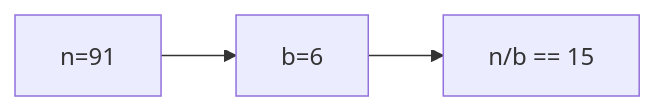
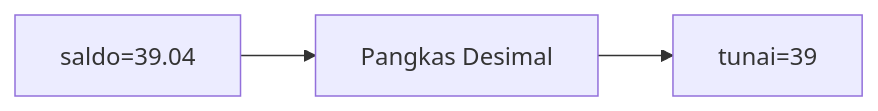
One commit to amnahwaida/OSNK_INF_PREP changed the ninth of 25 diagrams in part-c-pemahaman-cpp/01-tipe-data/latihan/set-04.md. Above: the diagram before and after it, drawn with Mermaid. The commit also changed other lines of this file and 71 other files, not shown here.

````diff
--- a/part-c-pemahaman-cpp/01-tipe-data/latihan/set-04.md
+++ b/part-c-pemahaman-cpp/01-tipe-data/latihan/set-04.md
@@ -237,5 +248,5 @@
 ```mermaid
 graph LR
-A["n=91"] --> B["b=6"]
-B --> C["n/b == 15"]
+A["saldo=39.04"] --> B["Pangkas Desimal"]
+B --> C["tunai=39"]
 ```
````
